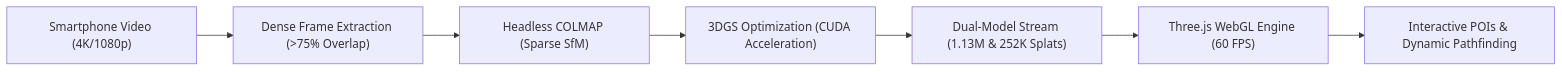
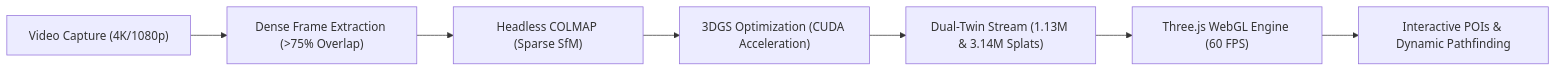
Before and after one commit to Kaish-sheikh/nammaspace-digital-twin: the first of 2 diagrams in ROUND1_TECHNICAL_ABSTRACT.md, drawn with Mermaid. The commit also changed other lines of this file and 9 other files, not shown here.

````diff
--- a/ROUND1_TECHNICAL_ABSTRACT.md
+++ b/ROUND1_TECHNICAL_ABSTRACT.md
@@ -21,9 +21,9 @@
 ```mermaid
 flowchart LR
-    A["Smartphone Video (4K/1080p)"] --> B["Dense Frame Extraction (>75% Overlap)"]
+    A["Video Capture (4K/1080p)"] --> B["Dense Frame Extraction (>75% Overlap)"]
     B --> C["Headless COLMAP (Sparse SfM)"]
     C --> D["3DGS Optimization (CUDA Acceleration)"]
-    D --> E["Dual-Model Stream (1.13M & 252K Splats)"]
+    D --> E["Dual-Twin Stream (1.13M & 3.14M Splats)"]
     E --> F["Three.js WebGL Engine (60 FPS)"]
     F --> G["Interactive POIs & Dynamic Pathfinding"]
 ```
````
